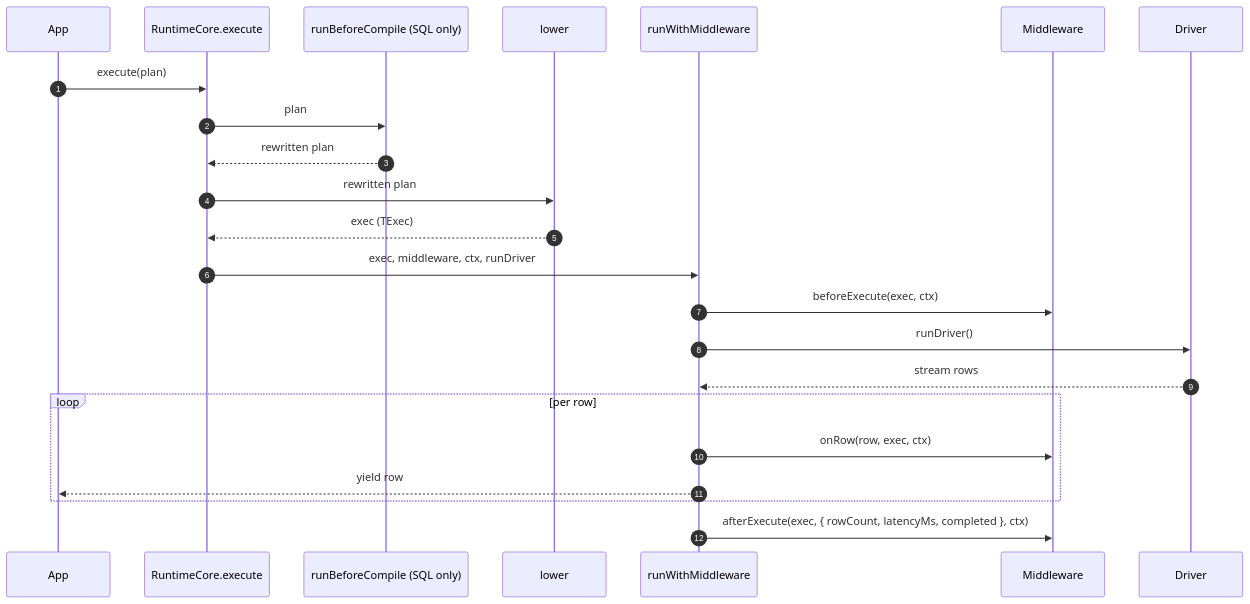
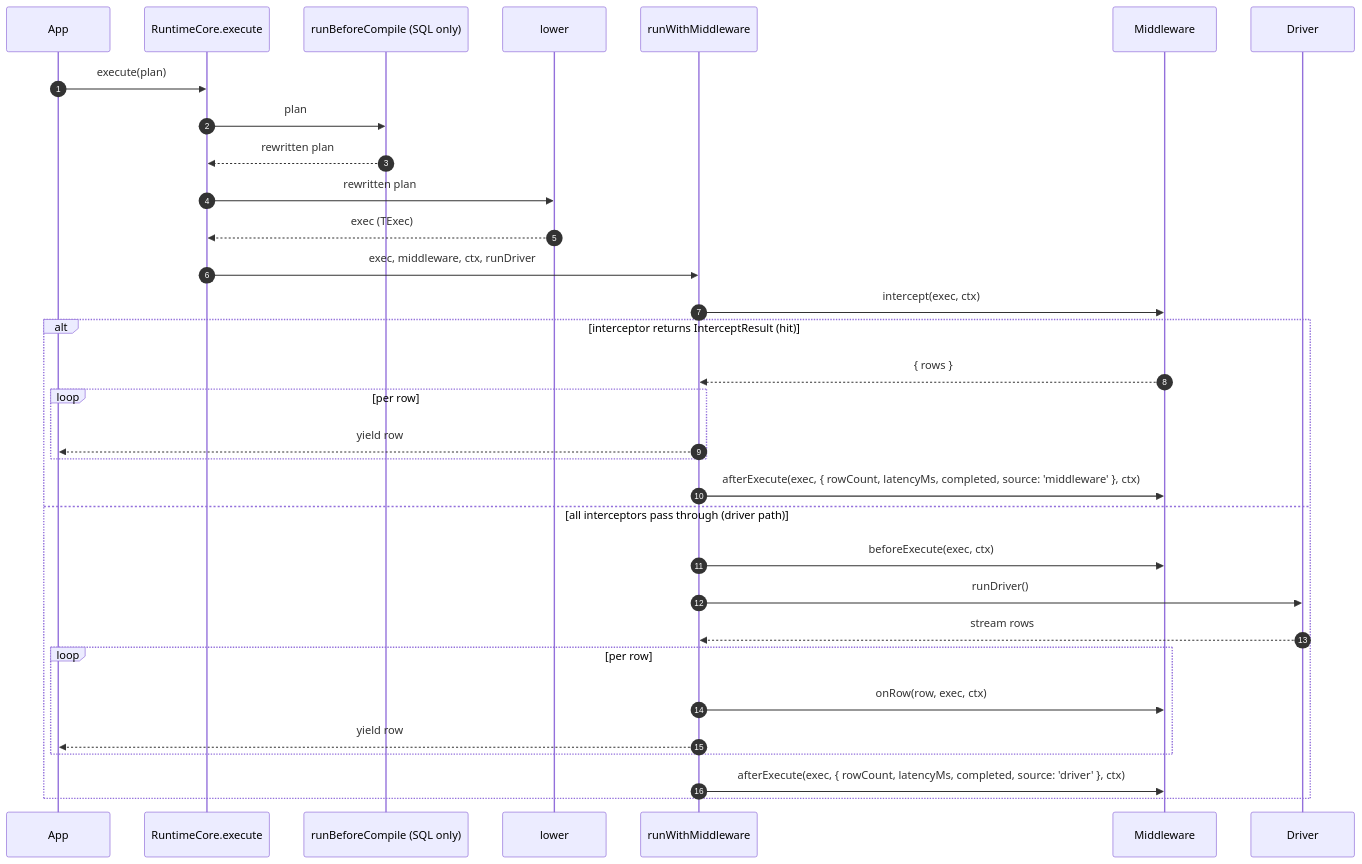
One commit to prisma/prisma-next changed the third of 3 diagrams in docs/architecture docs/subsystems/4. Runtime & Middleware Framework.md. Above: the diagram before and after it, drawn with Mermaid. The commit also changed other lines of this file, not shown here.

First line of the commit message:
docs(runtime-subsystem): document intercept hook, annotations, and cache integration

````diff
--- a/docs/architecture docs/subsystems/4. Runtime & Middleware Framework.md
+++ b/docs/architecture docs/subsystems/4. Runtime & Middleware Framework.md
@@ -280,26 +371,35 @@
 ```mermaid
 sequenceDiagram
   autonumber
   participant App as App
   participant Runtime as RuntimeCore.execute
   participant Compile as runBeforeCompile (SQL only)
   participant Lower as lower
   participant Helper as runWithMiddleware
   participant MW as Middleware
   participant Driver as Driver
 
   App->>Runtime: execute(plan)
   Runtime->>Compile: plan
   Compile-->>Runtime: rewritten plan
   Runtime->>Lower: rewritten plan
   Lower-->>Runtime: exec (TExec)
   Runtime->>Helper: exec, middleware, ctx, runDriver
-  Helper->>MW: beforeExecute(exec, ctx)
-  Helper->>Driver: runDriver()
-  Driver-->>Helper: stream rows
-  loop per row
-    Helper->>MW: onRow(row, exec, ctx)
-    Helper-->>App: yield row
+  Helper->>MW: intercept(exec, ctx)
+  alt interceptor returns InterceptResult (hit)
+    MW-->>Helper: { rows }
+    loop per row
+      Helper-->>App: yield row
+    end
+    Helper->>MW: afterExecute(exec, { rowCount, latencyMs, completed, source: 'middleware' }, ctx)
+  else all interceptors pass through (driver path)
+    Helper->>MW: beforeExecute(exec, ctx)
+    Helper->>Driver: runDriver()
+    Driver-->>Helper: stream rows
+    loop per row
+      Helper->>MW: onRow(row, exec, ctx)
+      Helper-->>App: yield row
+    end
+    Helper->>MW: afterExecute(exec, { rowCount, latencyMs, completed, source: 'driver' }, ctx)
   end
-  Helper->>MW: afterExecute(exec, { rowCount, latencyMs, completed }, ctx)
 ```
````
